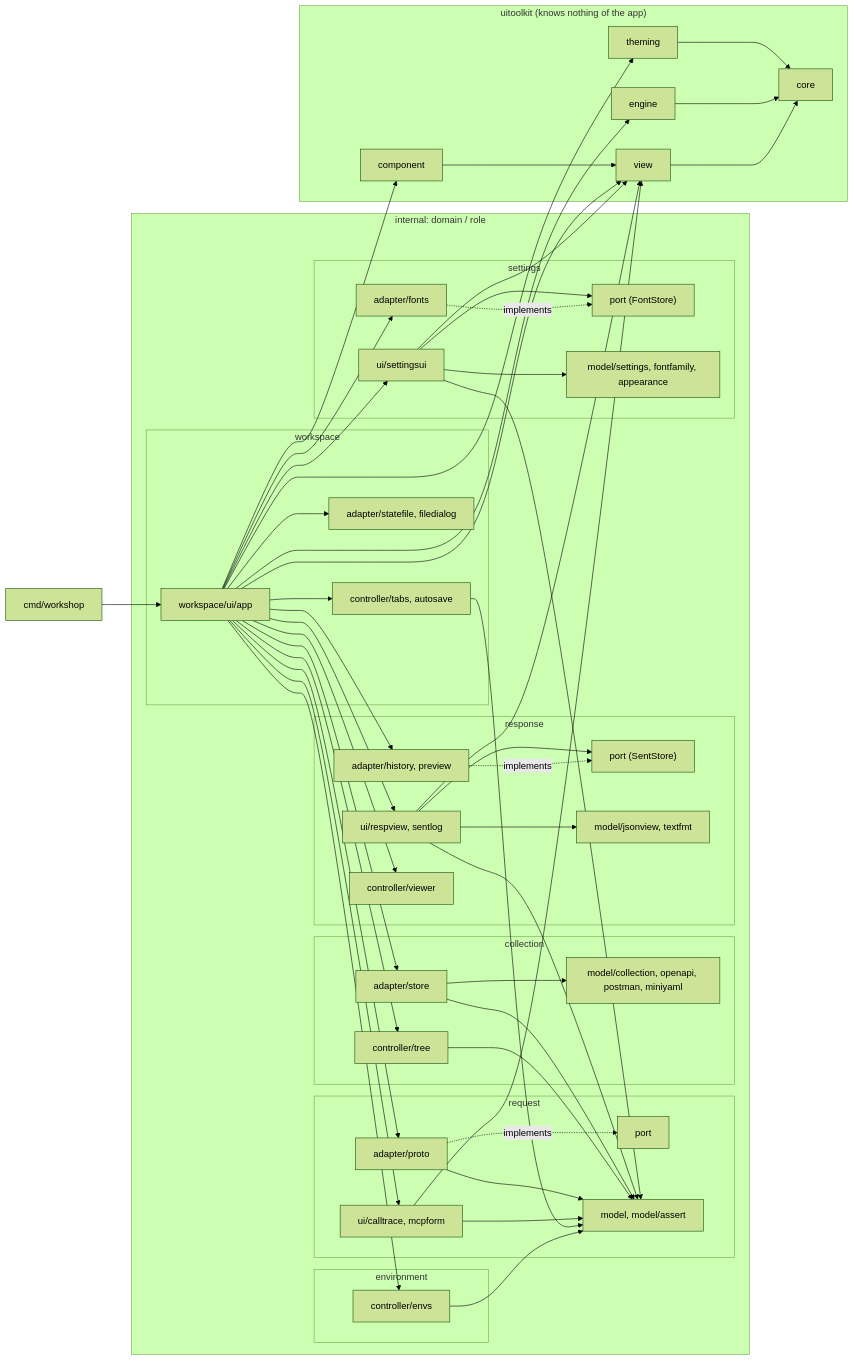
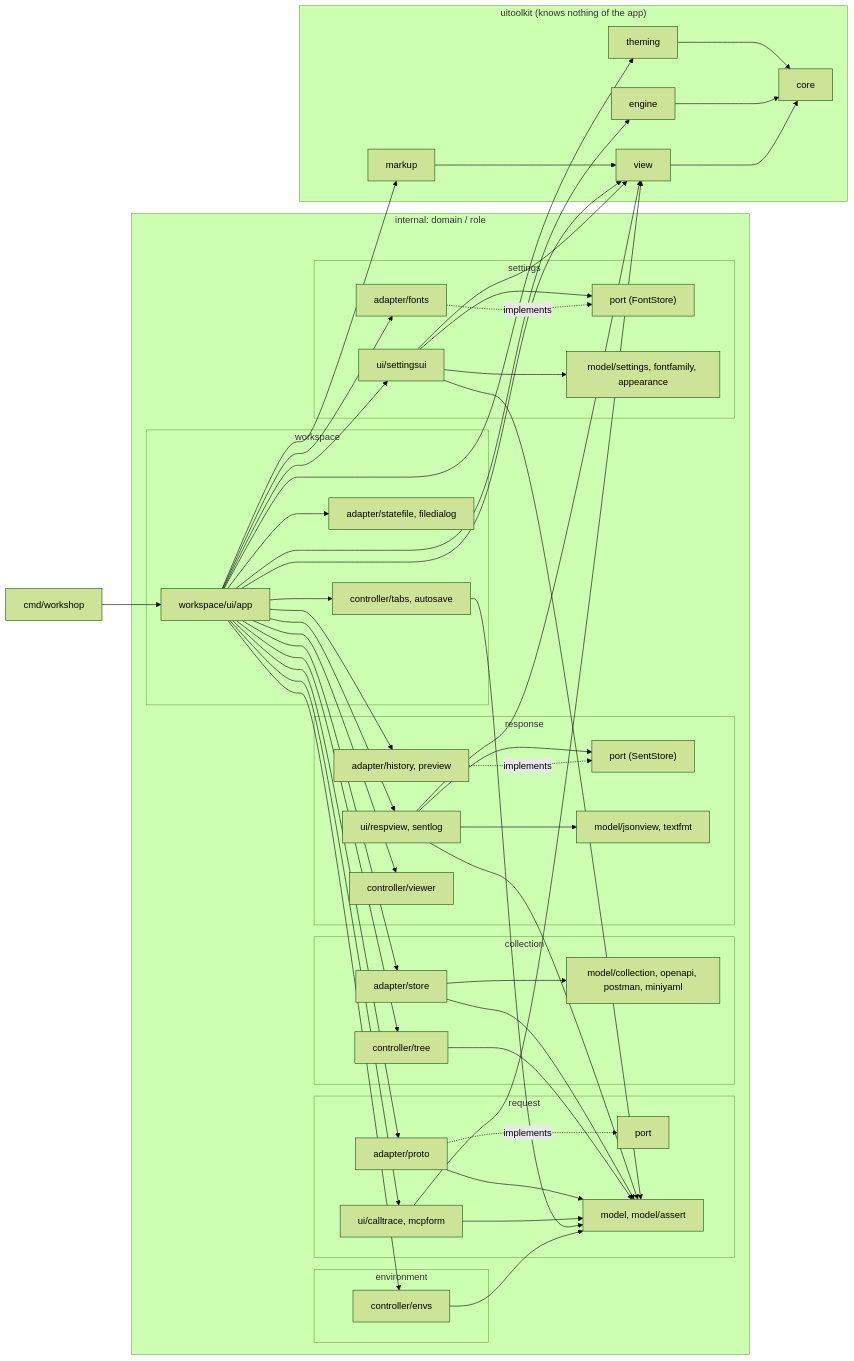
Before and after one commit to gascoigne-ai/gascoigne-workshop: the diagram in .harness/architecture.md, drawn with Mermaid (forest theme). The commit also changed other lines of this file and 11 other files, not shown here.

First line of the commit message:
refactor(toolkit): component is now markup

````diff
--- a/.harness/architecture.md
+++ b/.harness/architecture.md
@@ -5,58 +5,58 @@
 ```mermaid
 flowchart LR
   cmd["cmd/workshop"] --> app["workspace/ui/app"]
   subgraph domains["internal: domain / role"]
     subgraph request
       rui["ui/calltrace, mcpform"]
       rad["adapter/proto"]
       rport["port"]
       rmod["model, model/assert"]
     end
     subgraph collection
       cad["adapter/store"]
       cctl["controller/tree"]
       cmod["model/collection, openapi, postman, miniyaml"]
     end
     subgraph response
       sui["ui/respview, sentlog"]
       sport["port (SentStore)"]
       sad["adapter/history, preview"]
       smod["model/jsonview, textfmt"]
       sctl["controller/viewer"]
     end
     subgraph settings
       tui["ui/settingsui"]
       tport["port (FontStore)"]
       tad["adapter/fonts"]
       tmod["model/settings, fontfamily, appearance"]
     end
     subgraph environment
       ectl["controller/envs"]
     end
     subgraph workspace
       app
       wctl["controller/tabs, autosave"]
       wad["adapter/statefile, filedialog"]
     end
   end
   app --> ectl & wctl & cctl & sctl
   ectl & wctl & cctl --> rmod
   app --> rui & rad & cad & sui & sad & tui & tad & wad
   rui & rad & cad & sui & tui --> rmod
   rad -. implements .-> rport
   sad -. implements .-> sport
   sui --> sport
   tad -. implements .-> tport
   tui --> tport
   tui --> tmod
   cad --> cmod
   sui --> smod
   subgraph toolkit["uitoolkit (knows nothing of the app)"]
-    component["component"] --> view["view"]
+    markup["markup"] --> view["view"]
     view --> core["core"]
     engine["engine"] --> core
     theming["theming"] --> core
   end
-  app --> component & view & engine & theming
+  app --> markup & view & engine & theming
   rui & sui & tui --> view
 ```
````
